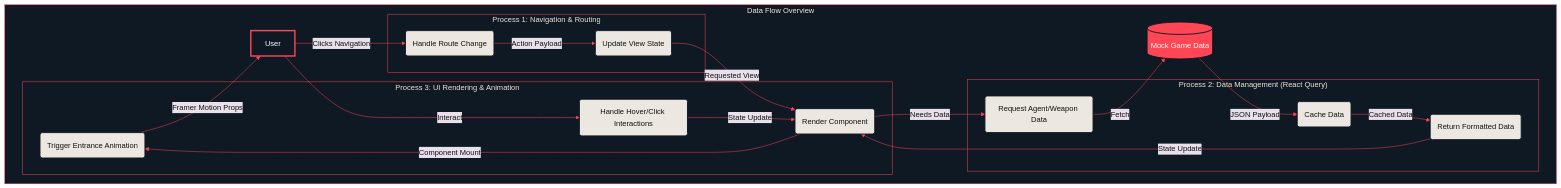
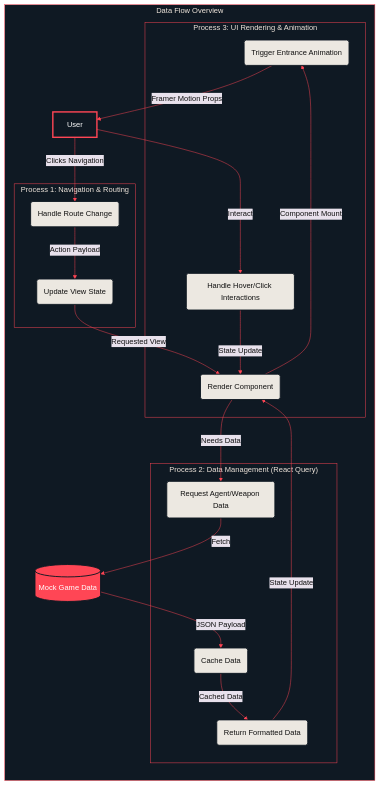
One commit to Mr-Nobody003/VALORANT changed the second of 4 diagrams in README.md. Above: the diagram before and after it, drawn with Mermaid. The commit also changed other lines of this file, not shown here.

````diff
--- a/README.md
+++ b/README.md
@@ -117,40 +118,41 @@
 ```mermaid
 %%{init: {'theme': 'base', 'themeVariables': { 'primaryColor': '#ece8e1', 'primaryTextColor': '#111', 'primaryBorderColor': '#ff4655', 'lineColor': '#ff4655', 'tertiaryColor': '#0f1923', 'clusterBorder': '#ff4655'}}}%%
 flowchart TD
     subgraph "Data Flow Overview"
+        direction TD
         User[User]:::userStyle
         subgraph "Process 1: Navigation & Routing"
             1.1(Handle Route Change):::processStyle
             1.2(Update View State):::processStyle
         end
         subgraph "Process 2: Data Management (React Query)"
             2.1(Request Agent/Weapon Data):::processStyle
             2.2(Cache Data):::processStyle
             2.3(Return Formatted Data):::processStyle
         end
         subgraph "Process 3: UI Rendering & Animation"
             3.1(Trigger Entrance Animation):::processStyle
             3.2(Render Component):::processStyle
             3.3(Handle Hover/Click Interactions):::processStyle
         end
         DataStore[(Mock Game Data)]:::storeStyle
     User --> |Clicks Navigation| 1.1
     1.1 --> |Action Payload| 1.2
     1.2 --> |Requested View| 3.2
 
     3.2 --> |Needs Data| 2.1
     2.1 --> |Fetch| DataStore
     DataStore --> |JSON Payload| 2.2
     2.2 --> |Cached Data| 2.3
     2.3 --> |State Update| 3.2
 
     3.2 --> |Component Mount| 3.1
     3.1 --> |Framer Motion Props| User
     User --> |Interact| 3.3
     3.3 --> |State Update| 3.2
 
     classDef userStyle fill:#0f1923,stroke:#ff4655,stroke-width:3px,color:#fff;
     classDef processStyle fill:#ece8e1,stroke:#0f1923,stroke-width:2px,color:#111;
     classDef storeStyle fill:#ff4655,stroke:#0f1923,stroke-width:2px,color:#fff;
     end
 ```
````
